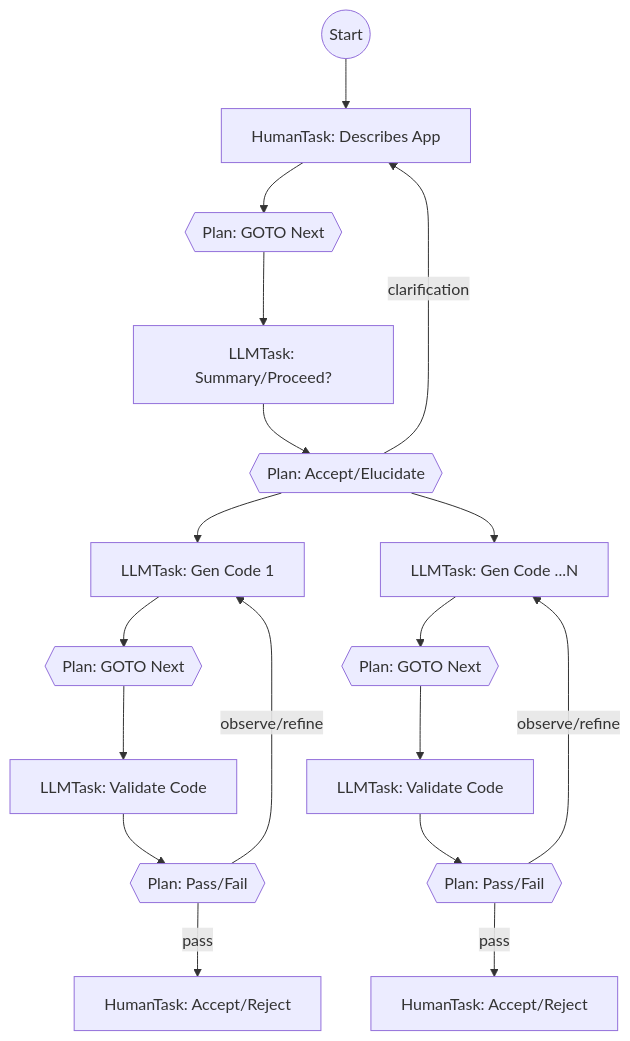
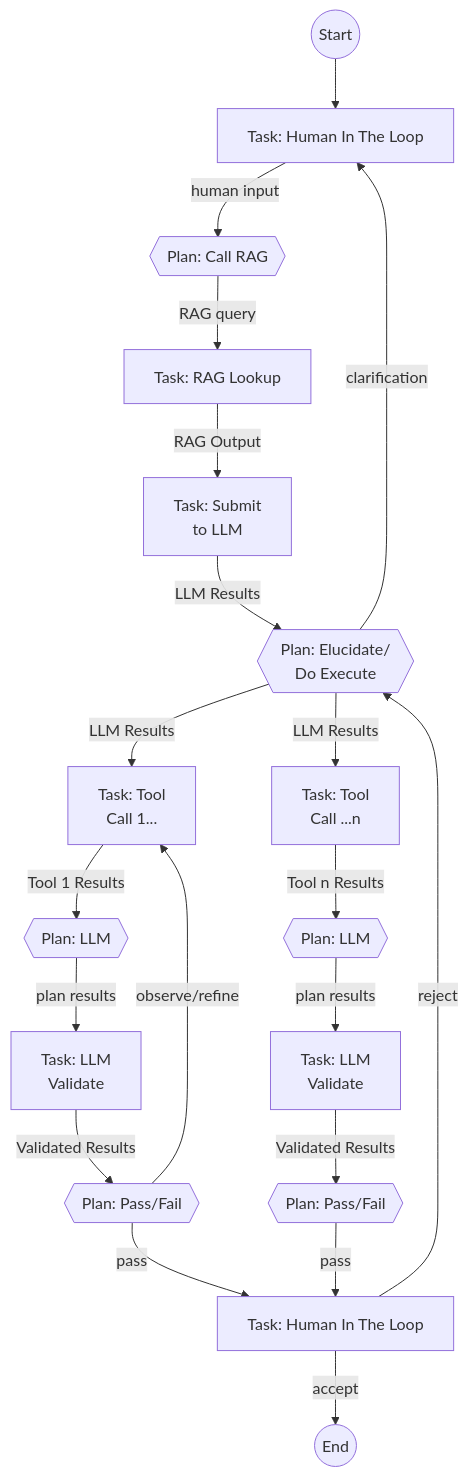
Before and after one commit to paul-callahan/scalable-agent-framework: the diagram in README.md, drawn with Mermaid. The commit also changed 16 other files, not shown here.

````diff
--- a/README.md
+++ b/README.md
@@ -20,27 +20,29 @@
 ```mermaid
 graph TD
-    Start((Start)) --> DescApp[HumanTask: Describes App]
-    DescApp --> PlanNext{{Plan: GOTO Next}}
-    PlanNext --> LLMSummary[LLMTask: Summary/Proceed?]
-    LLMSummary --> PlanRefineAppDesc{{Plan: Accept/Elucidate}}
+   Start((Start)) --> TaskHITL[Task: Human In The Loop]
+   TaskHITL -- human input--> PlanRAG{{Plan: Call RAG}}
+   PlanRAG -- RAG query--> TaskCallRAG[Task: RAG Lookup]
+   TaskCallRAG -- RAG Output--> TaskLLMSubmit[Task: Submit <br>to LLM]
+   TaskLLMSubmit -- LLM Results --> PlanRefine{{Plan: Elucidate/<br> Do Execute}}
 
-    PlanRefineAppDesc -- clarification--> DescApp
+   PlanRefine -- clarification--> TaskHITL
 
-    PlanRefineAppDesc --> CodeLLM1[LLMTask: Gen Code 1]
-    PlanRefineAppDesc --> CodeLLM2[LLMTask: Gen Code ...N]
+   PlanRefine -- LLM Results --> CodeLLM1[Task: Tool <br> Call 1...]
+   PlanRefine -- LLM Results --> CodeLLM2[Task: Tool <br> Call ...n]
 
-    CodeLLM1 --> PostGenPlan1{{Plan: GOTO Next}}
-    CodeLLM2 --> PostGenPlan2{{Plan: GOTO Next}}
+   CodeLLM1 -- Tool 1 Results--> PostGenPlan1{{Plan: LLM}}
+   CodeLLM2 -- Tool n Results--> PostGenPlan2{{Plan: LLM}}
 
-    PostGenPlan1 --> CheckCodeLLM1[LLMTask: Validate Code]
-    PostGenPlan2 --> CheckCodeLLM2[LLMTask: Validate Code]
+   PostGenPlan1 -- plan results--> CheckCodeLLM1[Task: LLM <br>Validate]
+   PostGenPlan2 -- plan results --> CheckCodeLLM2[Task: LLM <br>Validate]
 
-    CheckCodeLLM1 --> PlanAccept1{{Plan: Pass/Fail}}
-    CheckCodeLLM2 --> PlanAccept2{{Plan: Pass/Fail}}
+   CheckCodeLLM1 -- Validated Results --> PlanAccept1{{Plan: Pass/Fail}}
+   CheckCodeLLM2 -- Validated Results --> PlanAccept2{{Plan: Pass/Fail}}
 
-    PlanAccept1 -- pass --> HumanAcceptReject1[HumanTask: Accept/Reject]
-    PlanAccept1 -- observe/refine --> CodeLLM1
+   PlanAccept1 -- pass --> HumanAcceptReject1[Task: Human In The Loop]
+   PlanAccept1 -- observe/refine --> CodeLLM1
 
-    PlanAccept2 -- pass --> HumanAcceptReject2[HumanTask: Accept/Reject]
-    PlanAccept2 -- observe/refine --> CodeLLM2
+   PlanAccept2 -- pass --> HumanAcceptReject1
+   HumanAcceptReject1 -- accept --> End((End))
+   HumanAcceptReject1 -- reject --> PlanRefine
 ```
````
